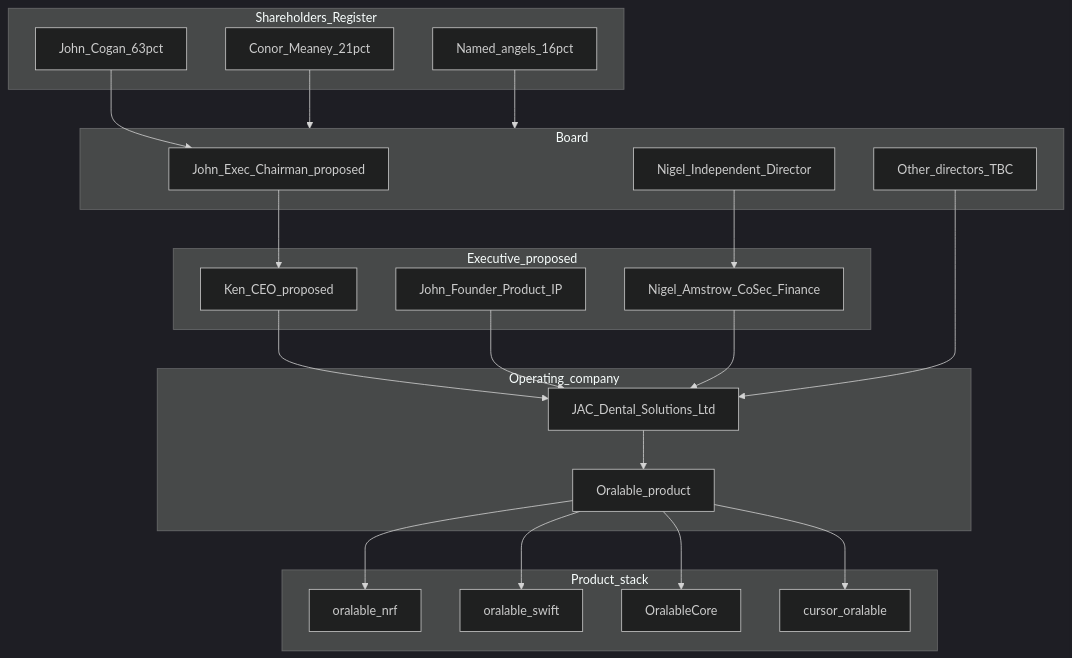
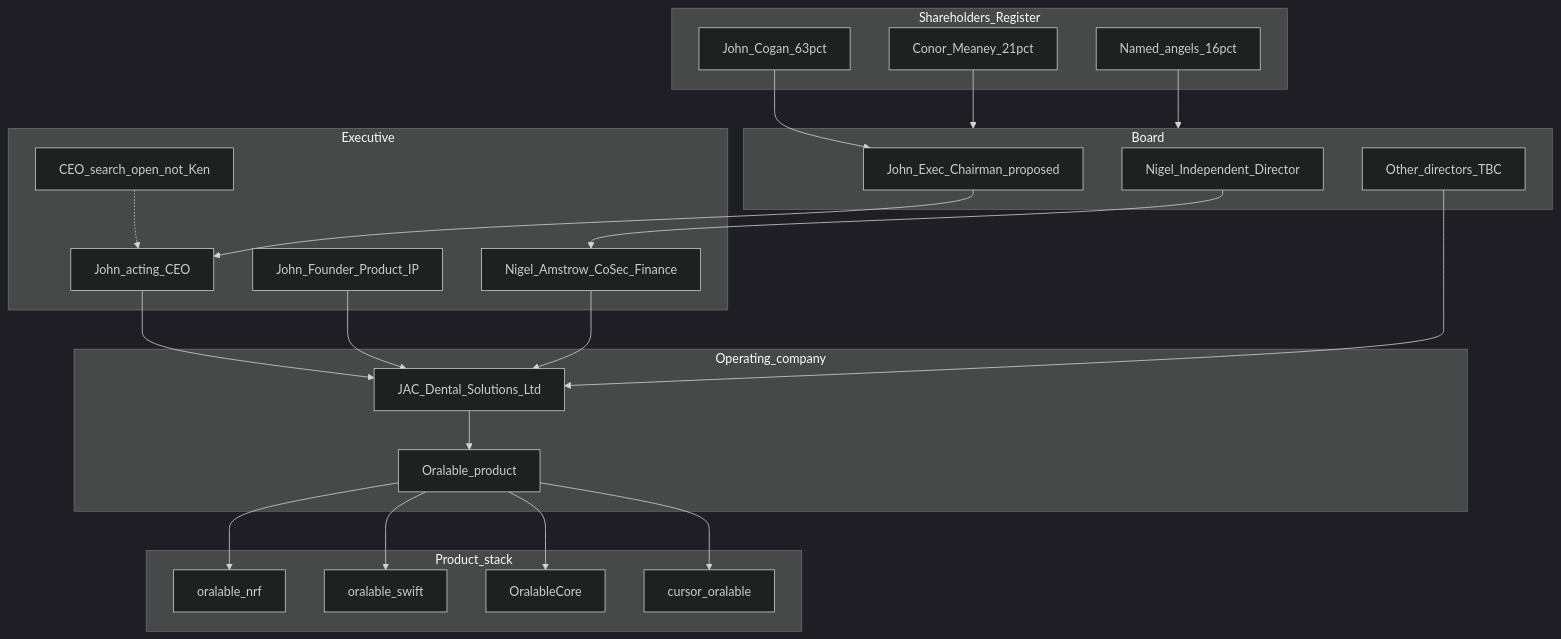
Before and after one commit to johnacogan67/cursor_oralable: the first of 2 diagrams in docs/data_room/governance/JAC_CORPORATE_STRUCTURE_AND_GOVERNANCE.md, drawn with Mermaid (dark theme). The commit also changed other lines of this file and 259 other files, not shown here.

````diff
--- a/docs/data_room/governance/JAC_CORPORATE_STRUCTURE_AND_GOVERNANCE.md
+++ b/docs/data_room/governance/JAC_CORPORATE_STRUCTURE_AND_GOVERNANCE.md
@@ -60,47 +63,49 @@
 ```mermaid
 flowchart TB
   subgraph equity [Shareholders_Register]
     JohnEq[John_Cogan_63pct]
     ConorEq[Conor_Meaney_21pct]
     AngelsEq[Named_angels_16pct]
   end
 
   subgraph board [Board]
     Chair[John_Exec_Chairman_proposed]
     IndDir[Nigel_Independent_Director]
     OtherDir[Other_directors_TBC]
   end
 
-  subgraph exec [Executive_proposed]
-    CEO[Ken_CEO_proposed]
+  subgraph exec [Executive]
+    CEO[John_acting_CEO]
+    Search[CEO_search_open_not_Ken]
     FounderTech[John_Founder_Product_IP]
     Fin[Nigel_Amstrow_CoSec_Finance]
   end
 
   subgraph ops [Operating_company]
     JAC[JAC_Dental_Solutions_Ltd]
     Oralable[Oralable_product]
   end
 
   subgraph stack [Product_stack]
     NRF[oralable_nrf]
     Swift[oralable_swift]
     Core[OralableCore]
     Hub[cursor_oralable]
   end
 
   JohnEq --> Chair
   ConorEq --> board
   AngelsEq --> board
   Chair --> CEO
+  Search -.-> CEO
   IndDir --> Fin
   CEO --> JAC
   FounderTech --> JAC
   Fin --> JAC
   OtherDir --> JAC
   JAC --> Oralable
   Oralable --> NRF
   Oralable --> Swift
   Oralable --> Core
   Oralable --> Hub
 ```
````
